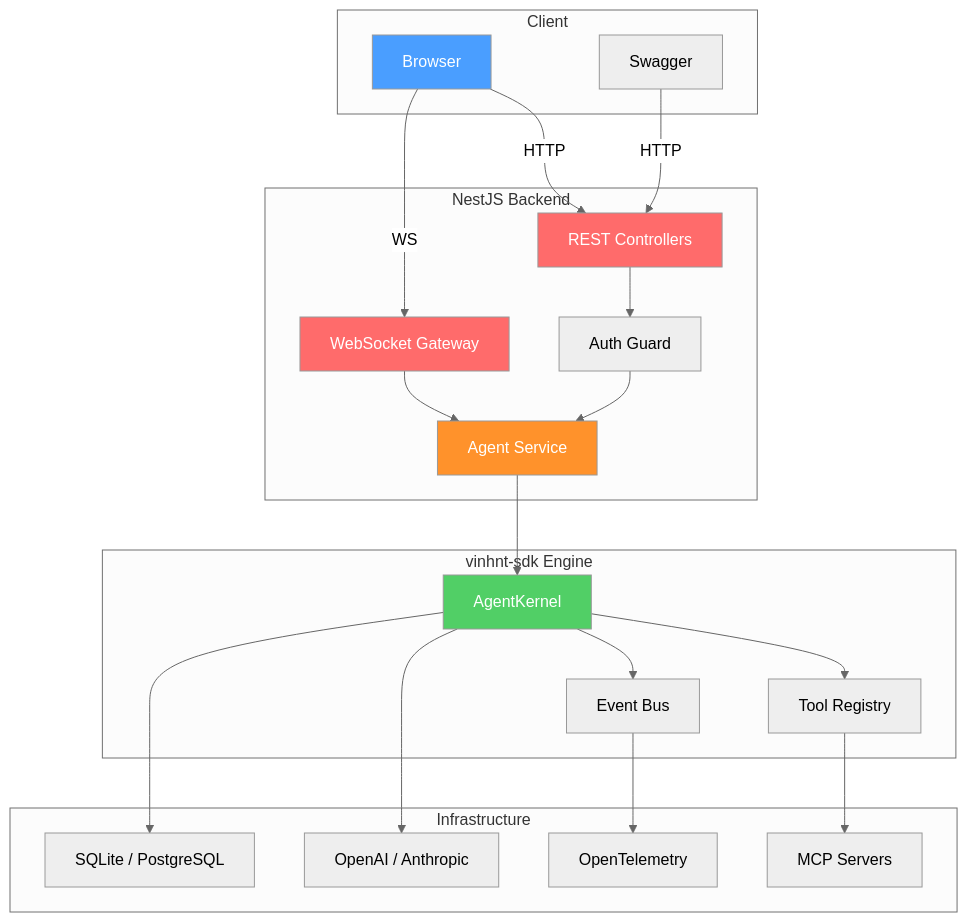
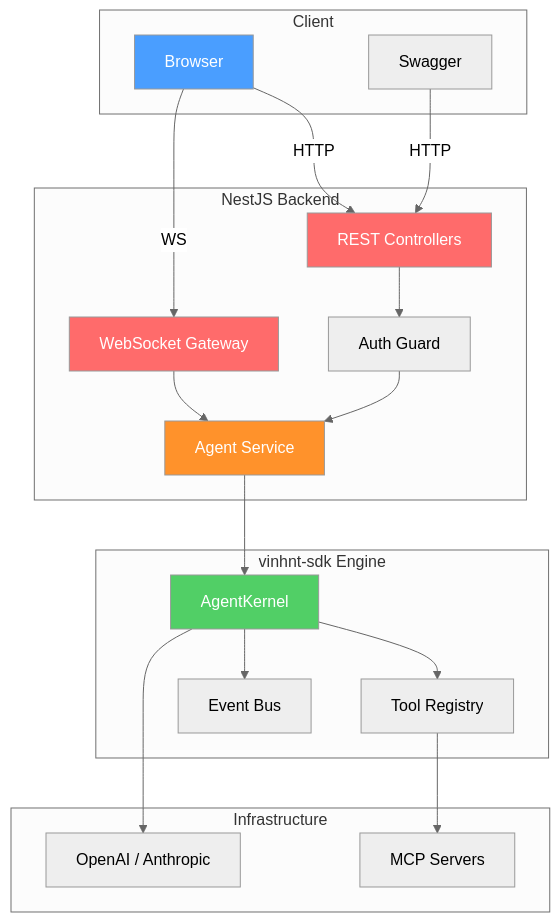
One commit to vinhnt-develop/vinhnt-sdk changed the diagram in docs/examples/full-stack.md. Above: the diagram before and after it, drawn with Mermaid (neutral theme). The commit also changed other lines of this file and 47 other files, not shown here.

````diff
--- a/docs/examples/full-stack.md
+++ b/docs/examples/full-stack.md
@@ -9,47 +9,43 @@
 ```mermaid
 graph TD
     subgraph "Client"
         BROWSER["Browser"]
         SWAGGER["Swagger"]
     end
 
     subgraph "NestJS Backend"
         REST["REST Controllers"]
         WS["WebSocket Gateway"]
         SVC["Agent Service"]
         AUTH["Auth Guard"]
     end
 
     subgraph "vinhnt-sdk Engine"
         KERNEL["AgentKernel"]
         TOOLS["Tool Registry"]
         EVENTS["Event Bus"]
     end
 
     subgraph "Infrastructure"
         LLM["OpenAI / Anthropic"]
-        DB["SQLite / PostgreSQL"]
         MCP["MCP Servers"]
-        OTEL["OpenTelemetry"]
     end
 
     BROWSER -->|"HTTP"| REST
     BROWSER -->|"WS"| WS
     SWAGGER -->|"HTTP"| REST
     REST --> AUTH
     AUTH --> SVC
     WS --> SVC
     SVC --> KERNEL
     KERNEL --> TOOLS
     KERNEL --> EVENTS
     KERNEL --> LLM
     TOOLS --> MCP
-    KERNEL --> DB
-    EVENTS --> OTEL
 
     style BROWSER fill:#4a9eff,color:#fff
     style REST fill:#ff6b6b,color:#fff
     style WS fill:#ff6b6b,color:#fff
     style SVC fill:#ff922b,color:#fff
     style KERNEL fill:#51cf66,color:#fff
 ```
````
